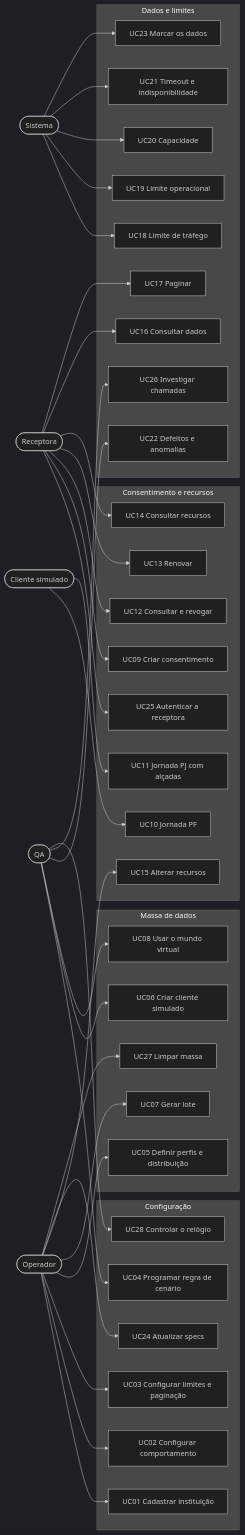
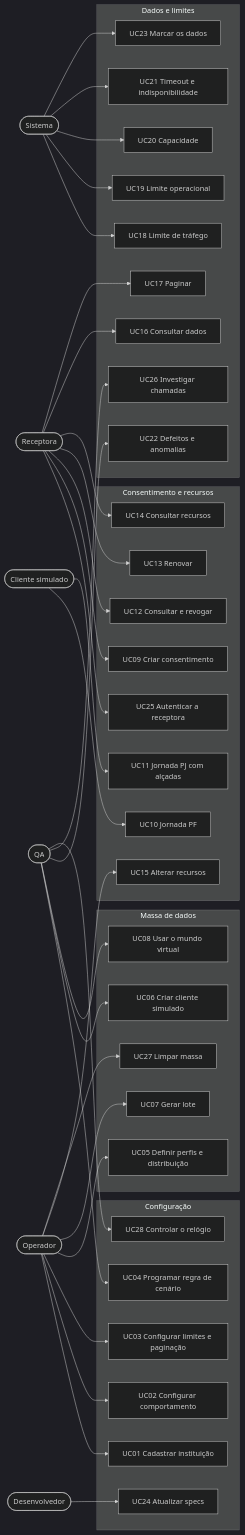
One commit to marcelosotto/open-finance-simulator changed the diagram in docs/01-requisitos/casos-de-uso/README.md. Above: the diagram before and after it, drawn with Mermaid (dark theme). The commit also changed other lines of this file and 13 other files, not shown here.

````diff
--- a/docs/01-requisitos/casos-de-uso/README.md
+++ b/docs/01-requisitos/casos-de-uso/README.md
@@ -18,51 +18,53 @@
 ```mermaid
 flowchart LR
   O([Operador])
   Q([QA])
+  D([Desenvolvedor])
   R([Receptora])
   C([Cliente simulado])
   S([Sistema])
 
   subgraph Config["Configuração"]
     UC01[UC01 Cadastrar instituição]
     UC02[UC02 Configurar comportamento]
     UC03[UC03 Configurar limites e paginação]
     UC04[UC04 Programar regra de cenário]
     UC24[UC24 Atualizar specs]
     UC28[UC28 Controlar o relógio]
   end
   subgraph Massa["Massa de dados"]
     UC05[UC05 Definir perfis e distribuição]
     UC06[UC06 Criar cliente simulado]
     UC07[UC07 Gerar lote]
     UC08[UC08 Usar o mundo virtual]
     UC27[UC27 Limpar massa]
   end
   subgraph Cons["Consentimento e recursos"]
     UC25[UC25 Autenticar a receptora]
     UC09[UC09 Criar consentimento]
     UC10[UC10 Jornada PF]
     UC11[UC11 Jornada PJ com alçadas]
     UC12[UC12 Consultar e revogar]
     UC13[UC13 Renovar]
     UC14[UC14 Consultar recursos]
     UC15[UC15 Alterar recursos]
   end
   subgraph APIs["Dados e limites"]
     UC16[UC16 Consultar dados]
     UC17[UC17 Paginar]
     UC18[UC18 Limite de tráfego]
     UC19[UC19 Limite operacional]
     UC20[UC20 Capacidade]
     UC21[UC21 Timeout e indisponibilidade]
     UC22[UC22 Defeitos e anomalias]
     UC23[UC23 Marcar os dados]
     UC26[UC26 Investigar chamadas]
   end
 
-  O --> UC01 & UC02 & UC03 & UC05 & UC07 & UC15 & UC24 & UC27
+  O --> UC01 & UC02 & UC03 & UC05 & UC07 & UC15 & UC27
+  D --> UC24
   Q --> UC04 & UC06 & UC08 & UC22 & UC26 & UC28
   R --> UC25 & UC09 & UC12 & UC13 & UC14 & UC16 & UC17
   C --> UC10 & UC11
   S --> UC18 & UC19 & UC20 & UC21 & UC23
 ```
````
